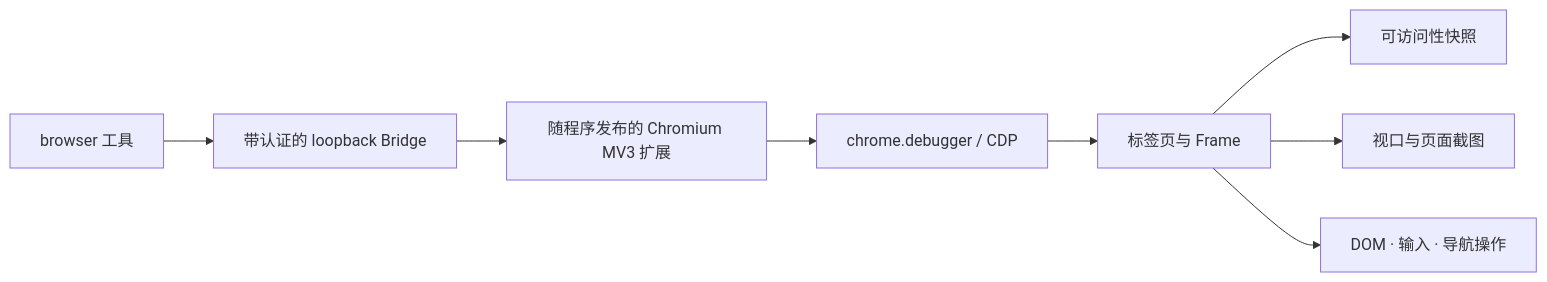
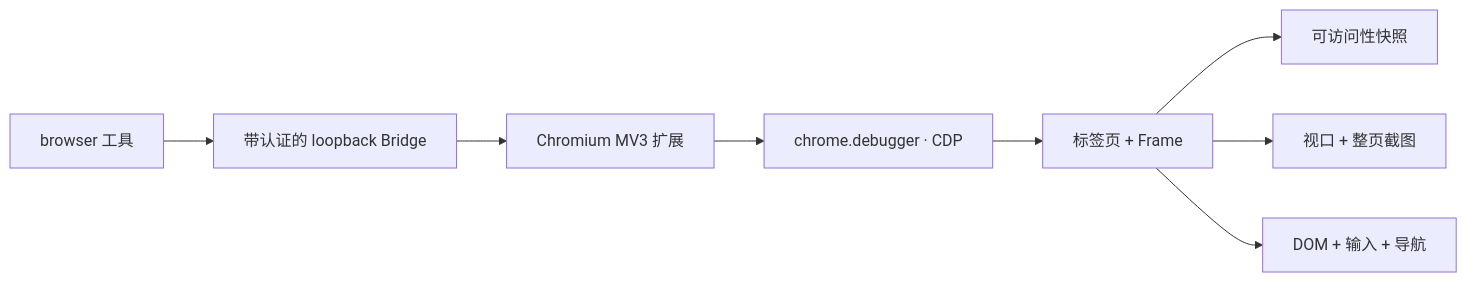
One commit to hicancan/local-runtime-mcp changed the seventh of 7 diagrams in README.zh-CN.md. Above: the diagram before and after it, drawn with Mermaid. The commit also changed other lines of this file and 21 other files, not shown here.

````diff
--- a/README.zh-CN.md
+++ b/README.zh-CN.md
@@ -168,10 +227,10 @@
 ```mermaid
 flowchart LR
     TOOLS[browser 工具] --> BRIDGE[带认证的 loopback Bridge]
-    BRIDGE --> EXT[随程序发布的 Chromium MV3 扩展]
-    EXT --> CDP[chrome.debugger / CDP]
-    CDP --> TABS[标签页与 Frame]
-    TABS --> SNAP[可访问性快照]
-    TABS --> SHOT[视口与页面截图]
-    TABS --> ACT[DOM · 输入 · 导航操作]
+    BRIDGE --> EXT[Chromium MV3 扩展]
+    EXT --> CDP[chrome.debugger · CDP]
+    CDP --> TAB[标签页 + Frame]
+    TAB --> SNAP[可访问性快照]
+    TAB --> SHOT[视口 + 整页截图]
+    TAB --> ACT[DOM + 输入 + 导航]
 ```
````
